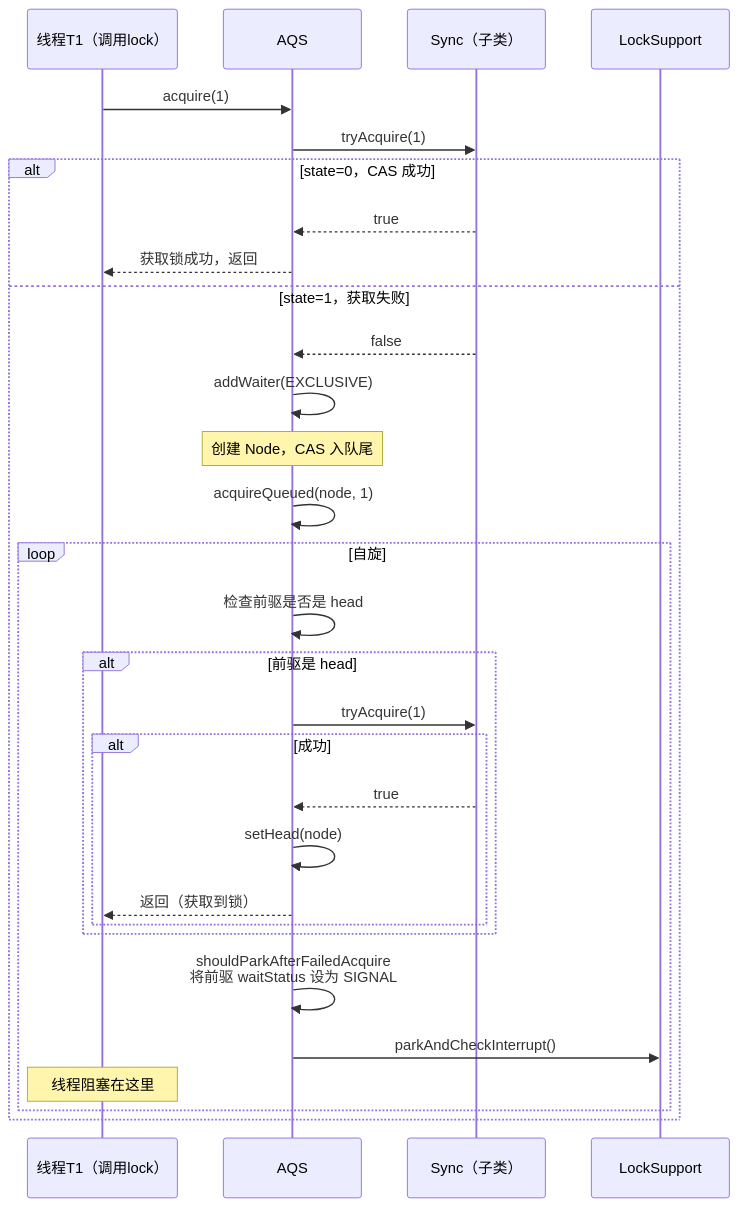
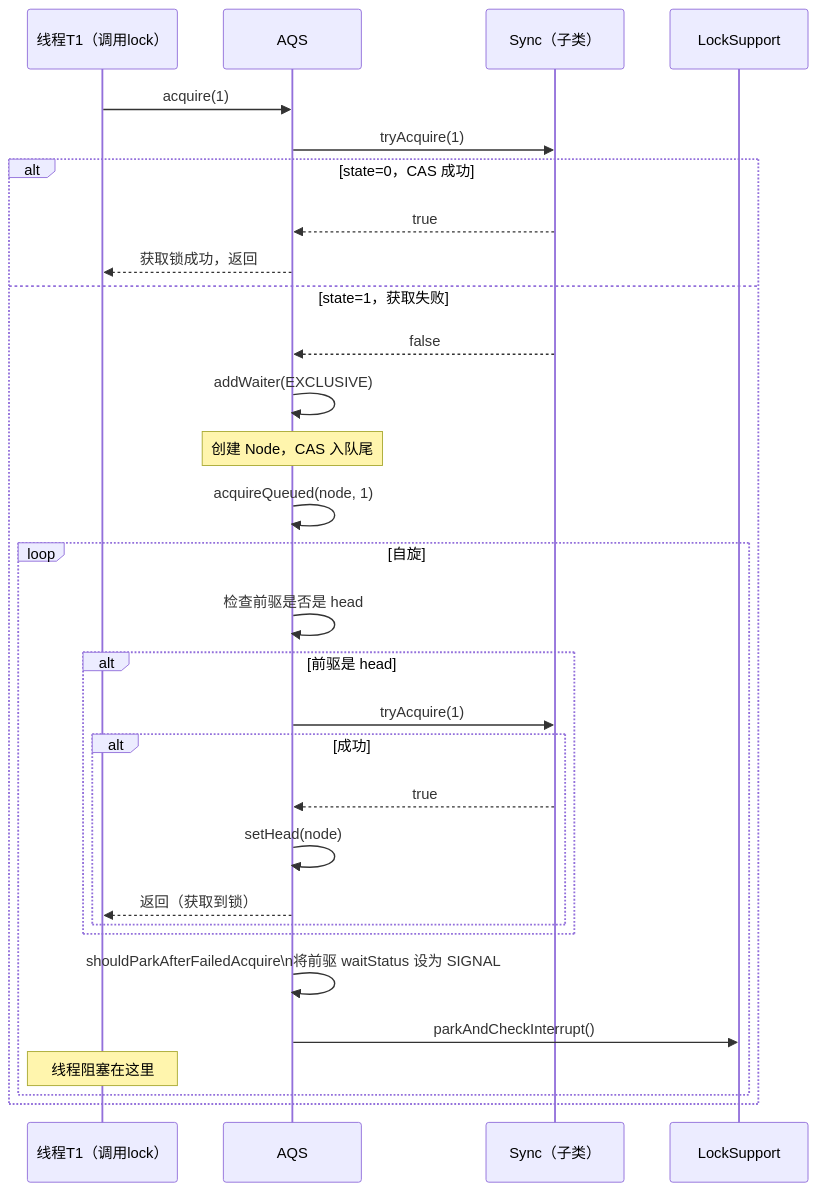
Before and after one commit to yaocat55/yaocat55.github.io: the sixth of 11 diagrams in content/posts/concurrency/AqsDeepAnalysis.md, drawn with Mermaid. The commit also changed other lines of this file and 155 other files, not shown here.

````diff
--- a/content/posts/concurrency/AqsDeepAnalysis.md
+++ b/content/posts/concurrency/AqsDeepAnalysis.md
@@ -328,33 +355,33 @@
 ```mermaid
 sequenceDiagram
     participant T1 as 线程T1（调用lock）
     participant AQS as AQS
     participant Sync as Sync（子类）
     participant LS as LockSupport
 
     T1->>AQS: acquire(1)
     AQS->>Sync: tryAcquire(1)
     alt state=0，CAS 成功
         Sync-->>AQS: true
         AQS-->>T1: 获取锁成功，返回
     else state=1，获取失败
         Sync-->>AQS: false
         AQS->>AQS: addWaiter(EXCLUSIVE)
         Note over AQS: 创建 Node，CAS 入队尾
         AQS->>AQS: acquireQueued(node, 1)
         loop 自旋
             AQS->>AQS: 检查前驱是否是 head
             alt 前驱是 head
                 AQS->>Sync: tryAcquire(1)
                 alt 成功
                     Sync-->>AQS: true
                     AQS->>AQS: setHead(node)
                     AQS-->>T1: 返回（获取到锁）
                 end
             end
-            AQS->>AQS: shouldParkAfterFailedAcquire<br/>将前驱 waitStatus 设为 SIGNAL
+            AQS->>AQS: shouldParkAfterFailedAcquire\n将前驱 waitStatus 设为 SIGNAL
             AQS->>LS: parkAndCheckInterrupt()
             Note over T1: 线程阻塞在这里
         end
     end
 ```
````
